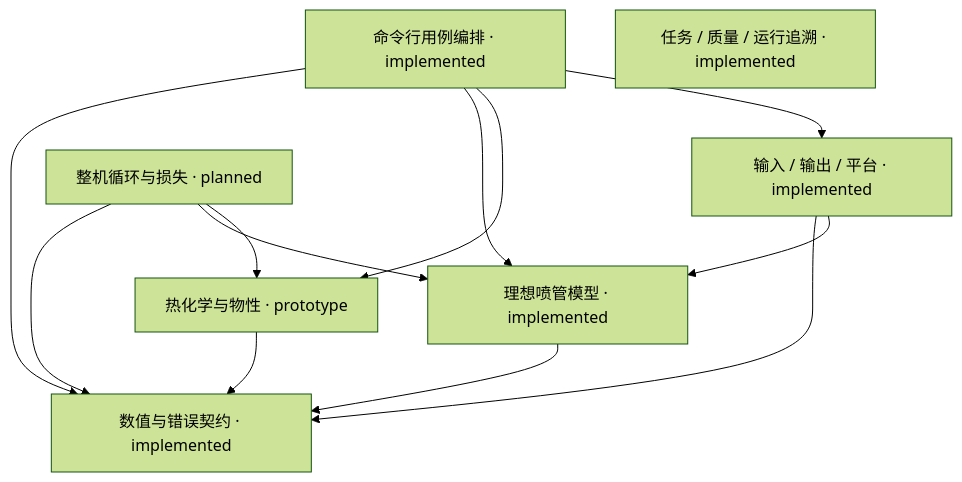
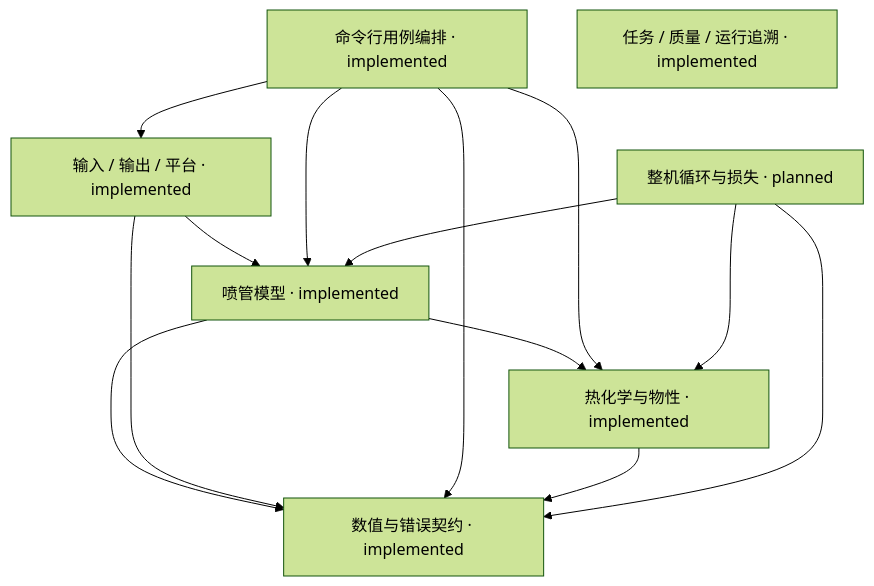
Before and after one commit to 2725238326/rocketperf-course-research: the diagram in docs/architecture/components.mmd, drawn with Mermaid (forest theme). The commit also changed 53 other files, not shown here.

```diff
--- a/docs/architecture/components.mmd
+++ b/docs/architecture/components.mmd
@@ -1,19 +1,20 @@
 flowchart TD
   core[数值与错误契约 · implemented]
-  nozzle[理想喷管模型 · implemented]
+  nozzle[喷管模型 · implemented]
   adapters[输入 / 输出 / 平台 · implemented]
   cli[命令行用例编排 · implemented]
   tooling[任务 / 质量 / 运行追溯 · implemented]
-  thermo[热化学与物性 · prototype]
+  thermo[热化学与物性 · implemented]
   cycle[整机循环与损失 · planned]
   nozzle --> core
+  nozzle --> thermo
   adapters --> core
   adapters --> nozzle
   cli --> core
   cli --> nozzle
   cli --> thermo
   cli --> adapters
   thermo --> core
   cycle --> core
   cycle --> nozzle
   cycle --> thermo
```
